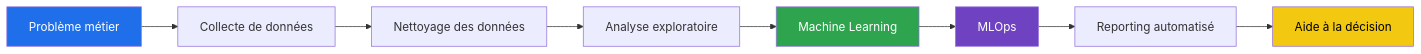
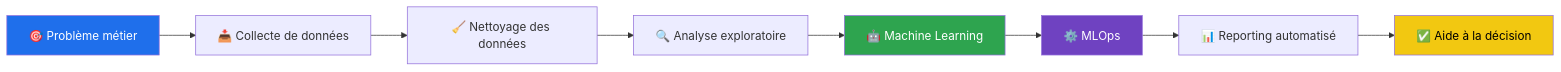
One commit to bileisaac/bileisaac changed the first of 3 diagrams in README.md. Above: the diagram before and after it, drawn with Mermaid. The commit also changed other lines of this file, not shown here.

````diff
--- a/README.md
+++ b/README.md
@@ -43,15 +39,15 @@
 ```mermaid
 flowchart LR
-    A[Problème métier] --> B[Collecte de données]
-    B --> C[Nettoyage des données]
-    C --> D[Analyse exploratoire]
-    D --> E[Machine Learning]
-    E --> F[MLOps]
-    F --> G[Reporting automatisé]
-    G --> H[Aide à la décision]
+    A[🎯 Problème métier] --> B[📥 Collecte de données]
+    B --> C[🧹 Nettoyage des données]
+    C --> D[🔍 Analyse exploratoire]
+    D --> E[🤖 Machine Learning]
+    E --> F[⚙️ MLOps]
+    F --> G[📊 Reporting automatisé]
+    G --> H[✅ Aide à la décision]
 
     style A fill:#1f6feb,color:#fff
     style E fill:#2ea44f,color:#fff
     style F fill:#6f42c1,color:#fff
     style H fill:#f2c811,color:#000
 ```
````
